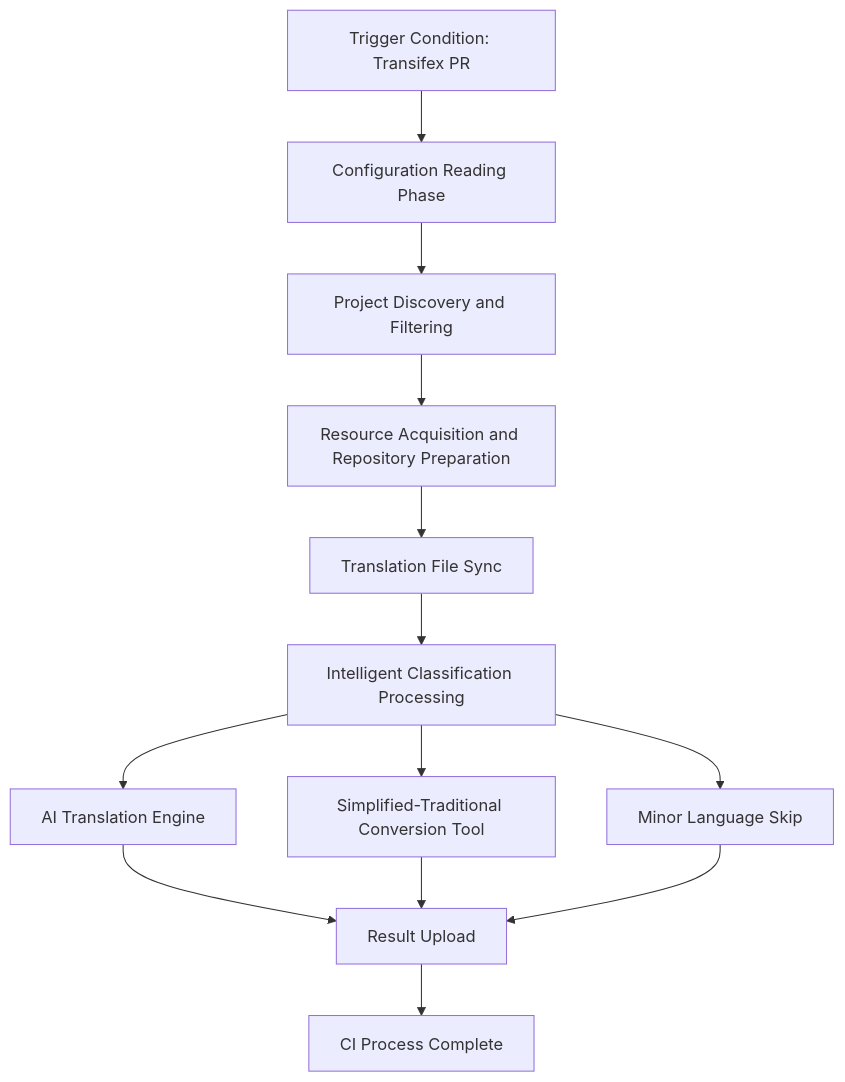
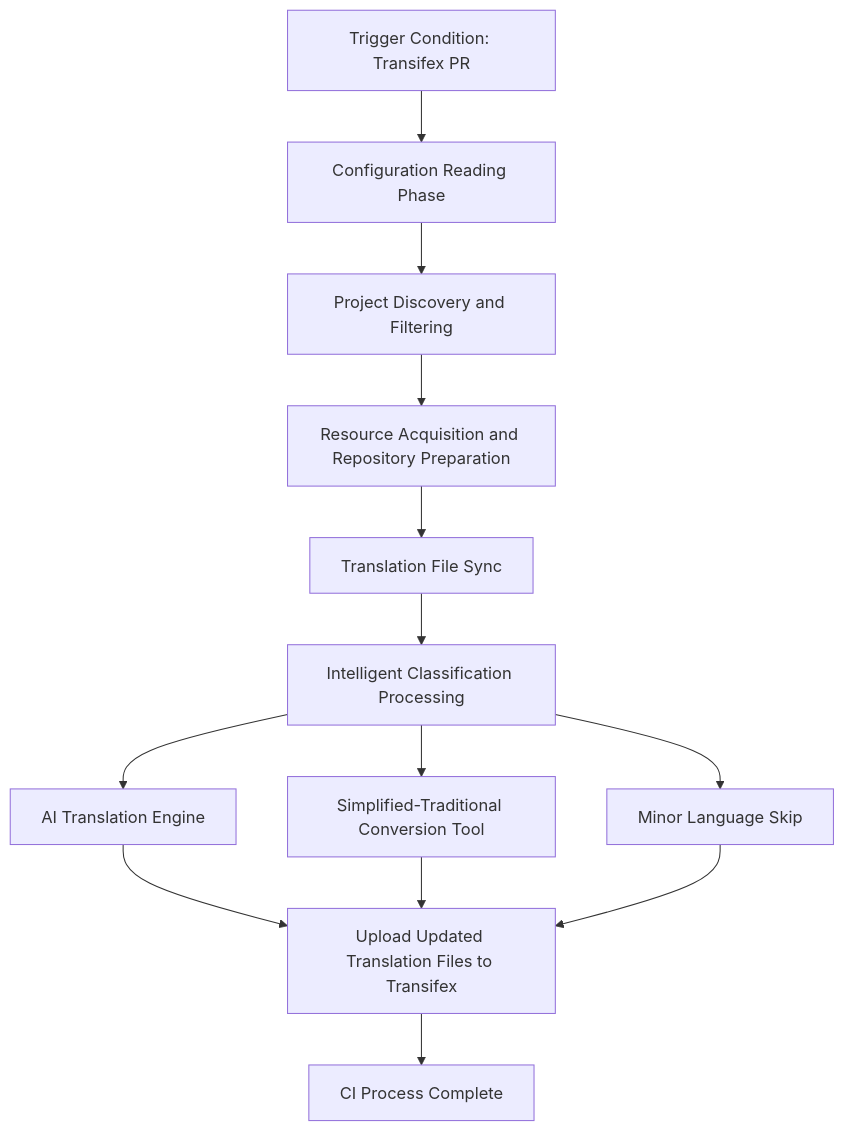
The first of 2 diagrams in README.md (linuxdeepin/deepin-auto-translation), drawn with Mermaid before and after one commit. The commit also changed other lines of this file and 2 other files, not shown here.

````diff
--- a/README.md
+++ b/README.md
@@ -361,15 +385,15 @@
 ```mermaid
 graph TD
     A[Trigger Condition: Transifex PR] --> B[Configuration Reading Phase]
     B --> C[Project Discovery and Filtering]
     C --> D[Resource Acquisition and Repository Preparation]
     D --> E[Translation File Sync]
     E --> F[Intelligent Classification Processing]
     F --> G[AI Translation Engine]
     F --> H[Simplified-Traditional Conversion Tool]
     F --> I[Minor Language Skip]
-    G --> J[Result Upload]
+    G --> J[Upload Updated Translation Files to Transifex]
     H --> J
     I --> J
     J --> K[CI Process Complete]
 ```
````
